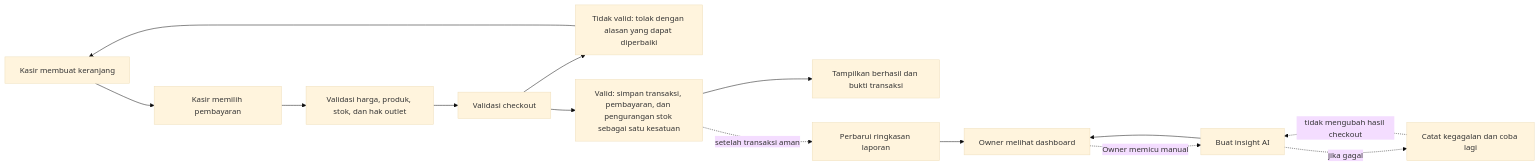
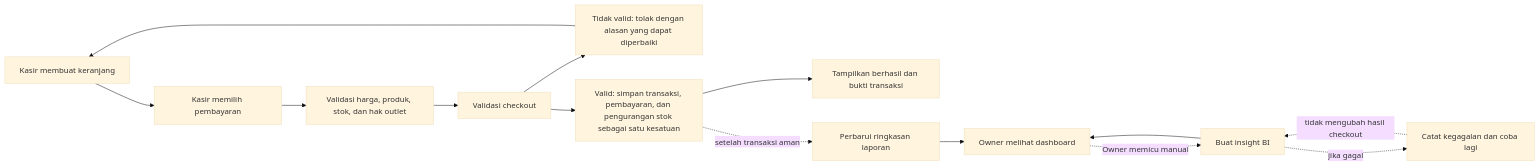
One commit to TeamOneee/pos-project-be changed the third of 5 diagrams in docs/deliverables/01-iterasi-1-business-flow.md. Above: the diagram before and after it, drawn with Mermaid (base theme). The commit also changed other lines of this file and 7 other files, not shown here.

````diff
--- a/docs/deliverables/01-iterasi-1-business-flow.md
+++ b/docs/deliverables/01-iterasi-1-business-flow.md
@@ -339,18 +341,18 @@
 ```mermaid
 flowchart LR
     A["Kasir membuat keranjang"] --> B["Kasir memilih pembayaran"]
     B --> C["Validasi harga, produk, stok, dan hak outlet"]
     C --> D["Validasi checkout"]
     D --> E["Tidak valid: tolak dengan alasan yang dapat diperbaiki"]
     E --> A
     D --> F["Valid: simpan transaksi, pembayaran, dan pengurangan stok sebagai satu kesatuan"]
     F --> G["Tampilkan berhasil dan bukti transaksi"]
 
     F -. "setelah transaksi aman" .-> H["Perbarui ringkasan laporan"]
     H --> J["Owner melihat dashboard"]
-    J -. "Owner memicu manual" .-> I["Buat insight AI"]
+    J -. "Owner memicu manual" .-> I["Buat insight BI"]
     I --> J
 
     I -. "jika gagal" .-> K["Catat kegagalan dan coba lagi"]
     K -. "tidak mengubah hasil checkout" .-> I
 ```
````
